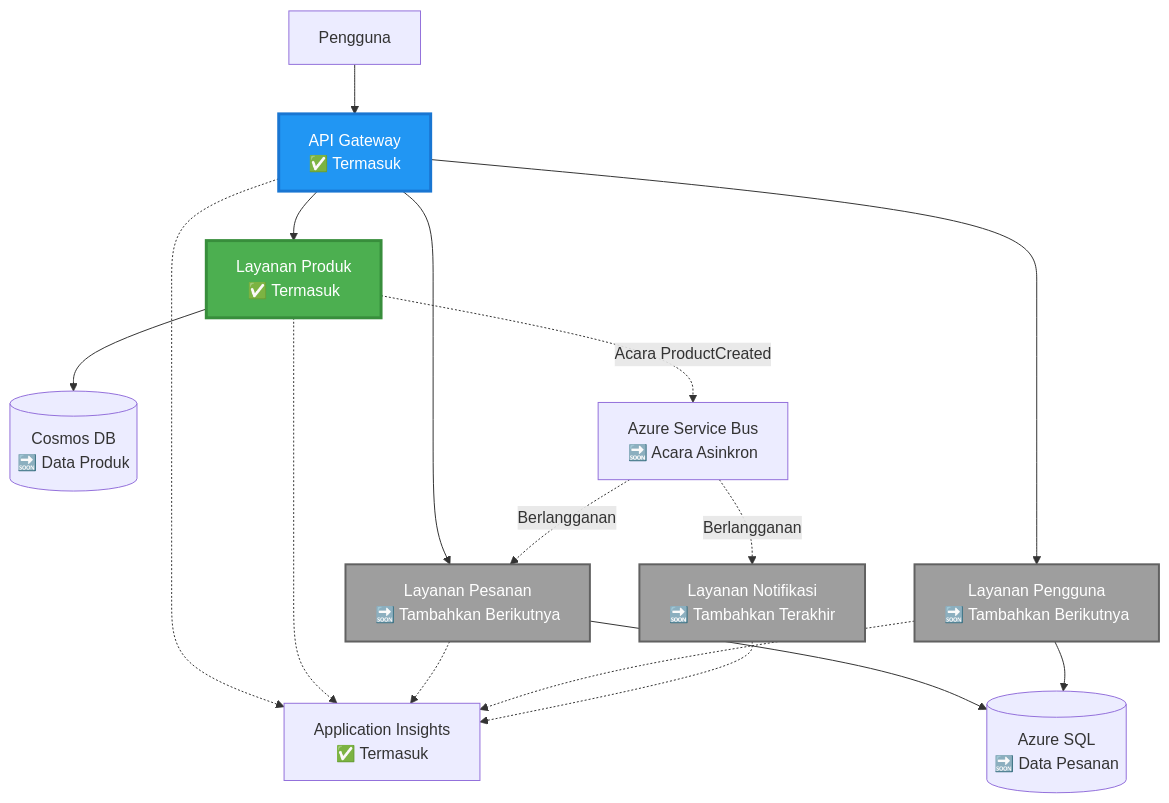
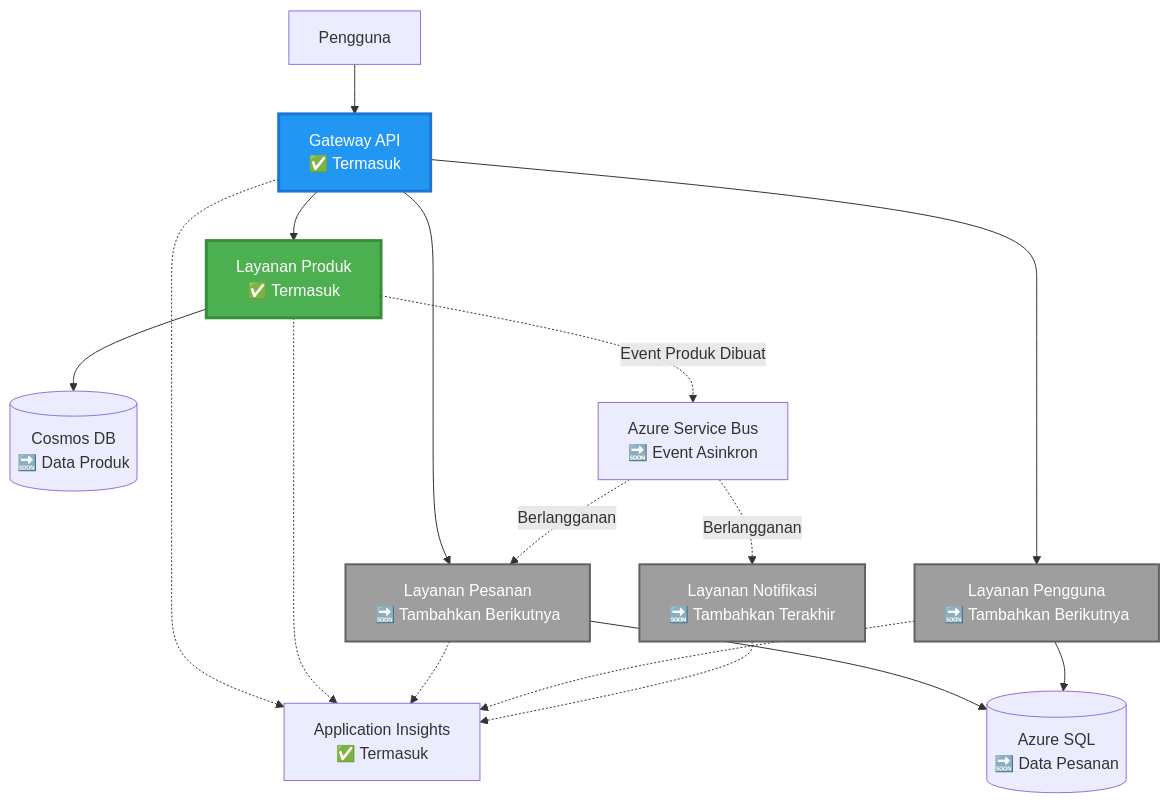
The second of 4 diagrams in translations/id/examples/microservices/README.md (microsoft/AZD-for-beginners), drawn with Mermaid before and after one commit. The commit also changed other lines of this file and 242 other files, not shown here.

````diff
--- a/translations/id/examples/microservices/README.md
+++ b/translations/id/examples/microservices/README.md
@@ -78,39 +69,39 @@
 ```mermaid
 graph TB
     User[Pengguna]
-    Gateway[API Gateway<br/>✅ Termasuk]
+    Gateway[Gateway API<br/>✅ Termasuk]
     Product[Layanan Produk<br/>✅ Termasuk]
     Order[Layanan Pesanan<br/>🔜 Tambahkan Berikutnya]
     UserSvc[Layanan Pengguna<br/>🔜 Tambahkan Berikutnya]
     Notify[Layanan Notifikasi<br/>🔜 Tambahkan Terakhir]
     
     CosmosDB[(Cosmos DB<br/>🔜 Data Produk)]
     AzureSQL[(Azure SQL<br/>🔜 Data Pesanan)]
-    ServiceBus[Azure Service Bus<br/>🔜 Acara Asinkron]
+    ServiceBus[Azure Service Bus<br/>🔜 Event Asinkron]
     AppInsights[Application Insights<br/>✅ Termasuk]
     
     User --> Gateway
     Gateway --> Product
     Gateway --> Order
     Gateway --> UserSvc
     
     Product --> CosmosDB
     Order --> AzureSQL
     UserSvc --> AzureSQL
     
-    Product -.->|Acara ProductCreated| ServiceBus
+    Product -.->|Event Produk Dibuat| ServiceBus
     ServiceBus -.->|Berlangganan| Notify
     ServiceBus -.->|Berlangganan| Order
     
     Gateway -.-> AppInsights
     Product -.-> AppInsights
     Order -.-> AppInsights
     UserSvc -.-> AppInsights
     Notify -.-> AppInsights
     
     style Product fill:#4CAF50,stroke:#388E3C,stroke-width:3px,color:#fff
     style Gateway fill:#2196F3,stroke:#1976D2,stroke-width:3px,color:#fff
     style Order fill:#9E9E9E,stroke:#616161,stroke-width:2px,color:#fff
     style UserSvc fill:#9E9E9E,stroke:#616161,stroke-width:2px,color:#fff
     style Notify fill:#9E9E9E,stroke:#616161,stroke-width:2px,color:#fff
 ```
````
